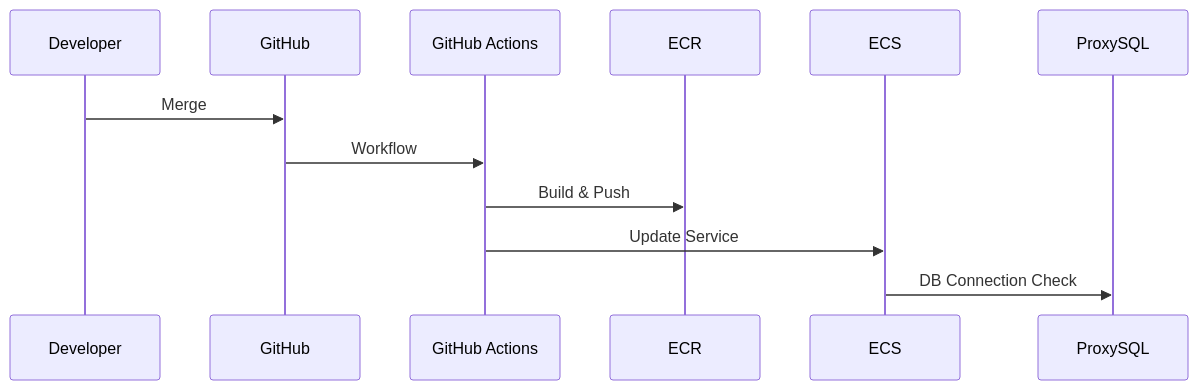
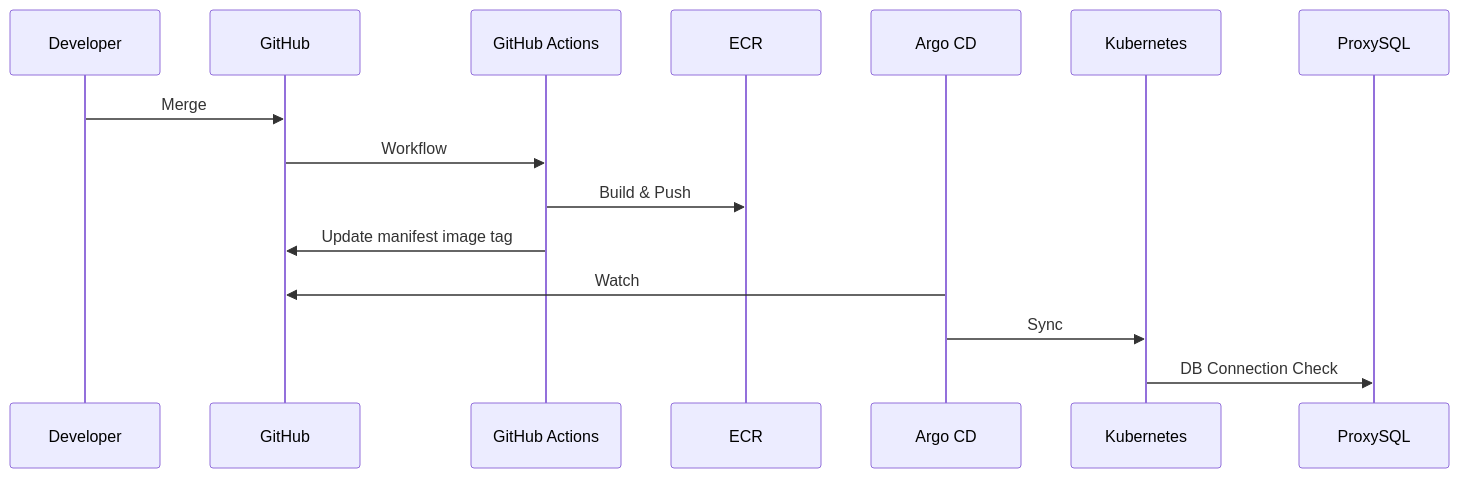
The diagram in docs/architecture/build-up/03_cicd_app_runtime.md (KosaCloudTeam2/infra-platform), drawn with Mermaid before and after one commit. The commit also changed other lines of this file and 21 other files, not shown here.

````diff
--- a/docs/architecture/build-up/03_cicd_app_runtime.md
+++ b/docs/architecture/build-up/03_cicd_app_runtime.md
@@ -23,15 +25,18 @@
 ```mermaid
 sequenceDiagram
     participant Dev as Developer
     participant GH as GitHub
     participant GA as GitHub Actions
     participant ECR as ECR
-    participant ECS as ECS
+    participant Argo as Argo CD
+    participant K8s as Kubernetes
     participant DB as ProxySQL
 
     Dev->>GH: Merge
     GH->>GA: Workflow
     GA->>ECR: Build & Push
-    GA->>ECS: Update Service
-    ECS->>DB: DB Connection Check
+    GA->>GH: Update manifest image tag
+    Argo->>GH: Watch
+    Argo->>K8s: Sync
+    K8s->>DB: DB Connection Check
 ```
````
